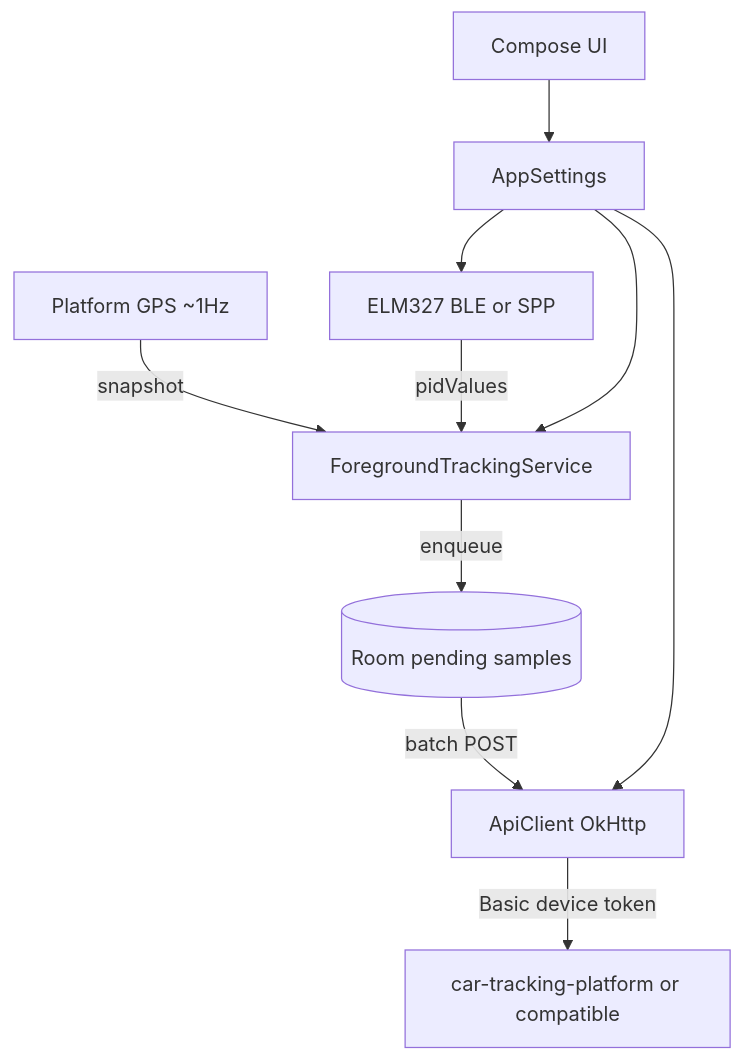
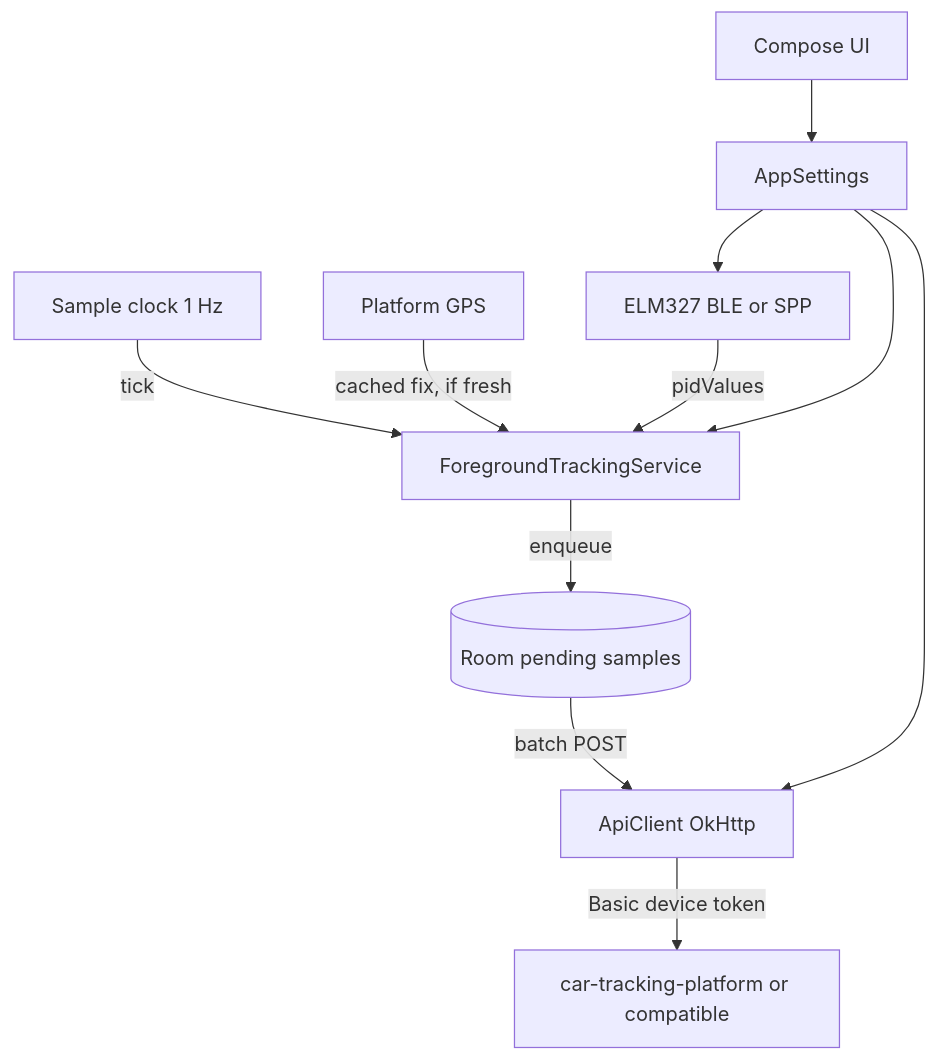
One commit to lfdominguez/my-car-tracking-mobile-app changed the diagram in README.md. Above: the diagram before and after it, drawn with Mermaid. The commit also changed other lines of this file and 14 other files, not shown here.

````diff
--- a/README.md
+++ b/README.md
@@ -46,12 +47,13 @@
 ```mermaid
 flowchart TD
-    GPS[Platform GPS ~1Hz] -->|snapshot| Svc[ForegroundTrackingService]
+    Clock[Sample clock 1 Hz] -->|tick| Svc[ForegroundTrackingService]
+    GPS[Platform GPS] -->|cached fix, if fresh| Svc
     OBD[ELM327 BLE or SPP] -->|pidValues| Svc
     Svc -->|enqueue| Queue[(Room pending samples)]
     Queue -->|batch POST| API[ApiClient OkHttp]
     API -->|Basic device token| Backend[car-tracking-platform or compatible]
     UI[Compose UI] --> Settings[AppSettings]
     Settings --> Svc
     Settings --> OBD
     Settings --> API
 ```
````
